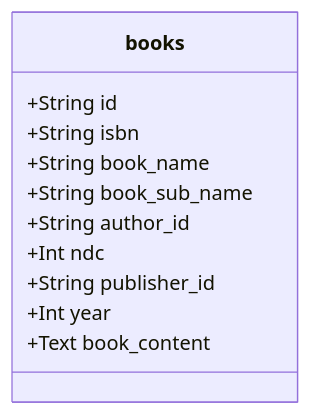
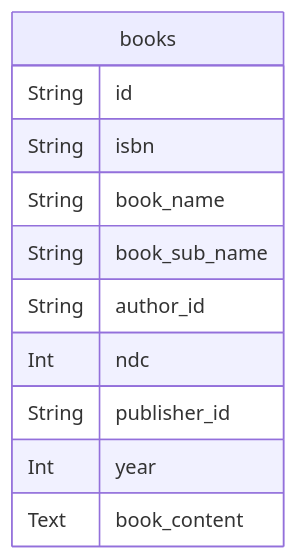
One commit to booksearch-hotate/hotate-server changed the diagram in DOC/AboutDB.md. Above: the diagram before and after it, drawn with Mermaid.

Commit message:
ER記法による表記に変更

````diff
--- a/DOC/AboutDB.md
+++ b/DOC/AboutDB.md
@@ -1,14 +1,14 @@
 ```mermaid
- classDiagram
- class books{
-   +String id
-   +String isbn
-   +String book_name
-   +String book_sub_name
-   +String author_id
-   +Int ndc
-   +String publisher_id
-   +Int year
-   +Text book_content
- }
+erDiagram
+books {
+  String id
+  String isbn
+  String book_name
+  String book_sub_name
+  String author_id
+  Int ndc
+  String publisher_id
+  Int year
+  Text book_content
+}
 ```
````
